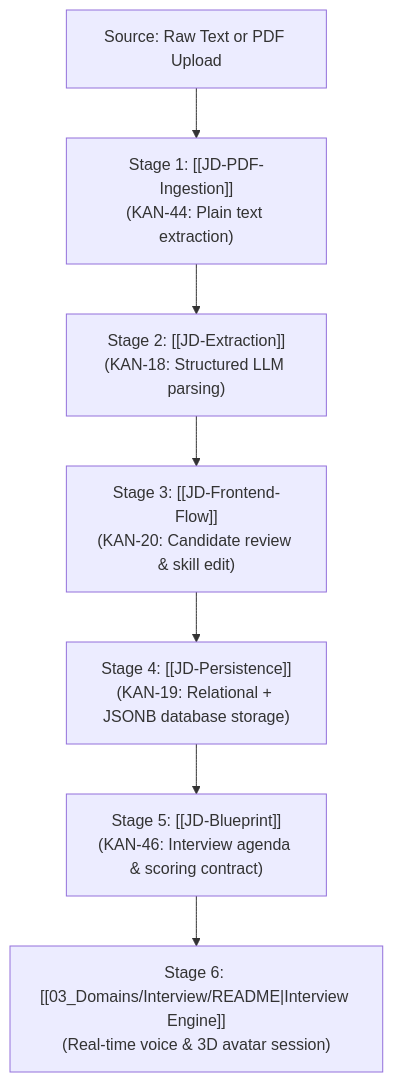
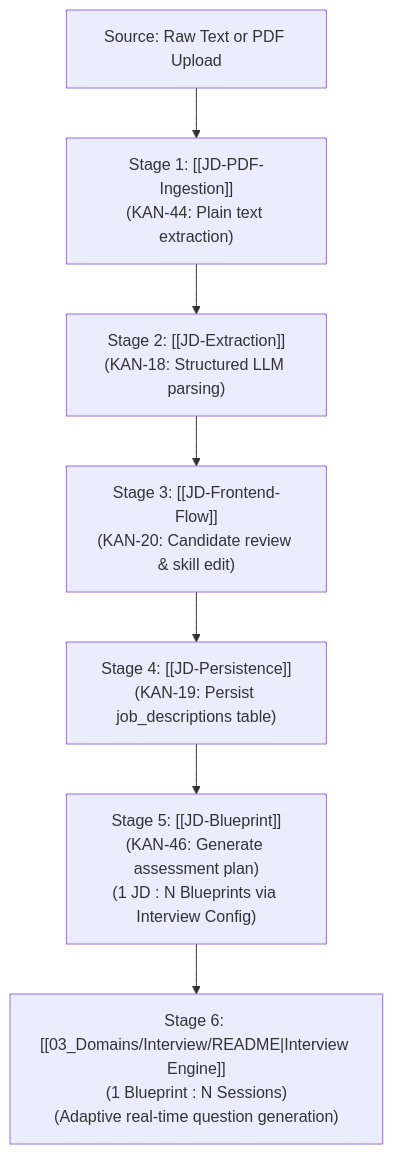
The diagram in 03_Domains/JD/JD-Overview.md (swp391-group3/ai-interview-practice-brain), drawn with Mermaid before and after one commit. The commit also changed other lines of this file and 22 other files, not shown here.

Commit message:
docs(brain): define KAN-46 interview blueprint contract

````diff
--- a/03_Domains/JD/JD-Overview.md
+++ b/03_Domains/JD/JD-Overview.md
@@ -20,9 +20,9 @@
 ```mermaid
 flowchart TD
     A["Source: Raw Text or PDF Upload"] --> B["Stage 1: [[JD-PDF-Ingestion]]\n(KAN-44: Plain text extraction)"]
     B --> C["Stage 2: [[JD-Extraction]]\n(KAN-18: Structured LLM parsing)"]
     C --> D["Stage 3: [[JD-Frontend-Flow]]\n(KAN-20: Candidate review & skill edit)"]
-    D --> E["Stage 4: [[JD-Persistence]]\n(KAN-19: Relational + JSONB database storage)"]
-    E --> F["Stage 5: [[JD-Blueprint]]\n(KAN-46: Interview agenda & scoring contract)"]
-    F --> G["Stage 6: [[03_Domains/Interview/README|Interview Engine]]\n(Real-time voice & 3D avatar session)"]
+    D --> E["Stage 4: [[JD-Persistence]]\n(KAN-19: Persist job_descriptions table)"]
+    E --> F["Stage 5: [[JD-Blueprint]]\n(KAN-46: Generate assessment plan)\n(1 JD : N Blueprints via Interview Config)"]
+    F --> G["Stage 6: [[03_Domains/Interview/README|Interview Engine]]\n(1 Blueprint : N Sessions)\n(Adaptive real-time question generation)"]
 ```
````
